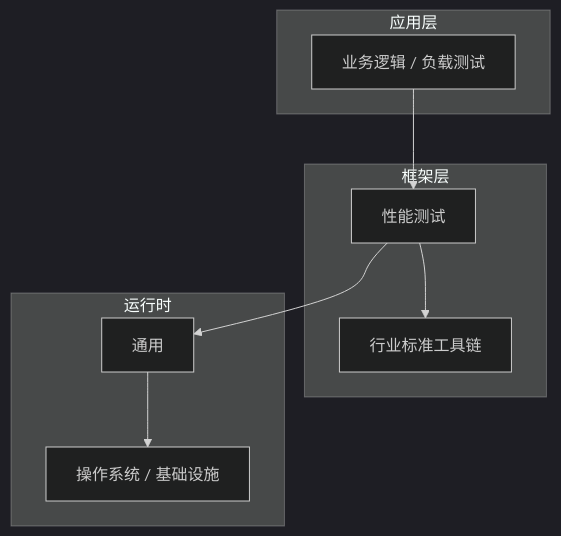
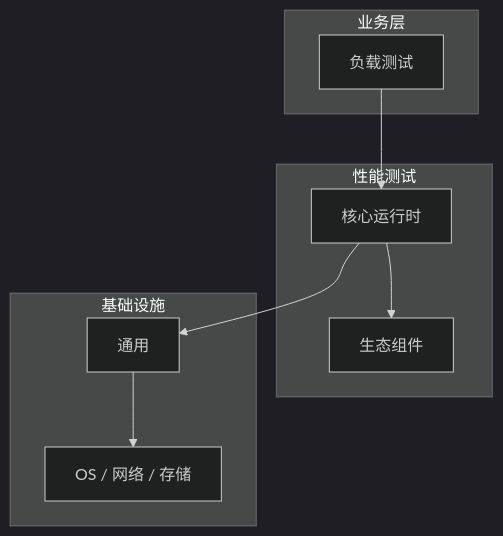
One commit to yanggan2015/knowledge-json-v2 changed the diagram in articles/性能测试/chapters/008-负载测试核心概念与原理.md. Above: the diagram before and after it, drawn with Mermaid (dark theme). The commit also changed other lines of this file and 10127 other files, not shown here.

````diff
--- a/articles/性能测试/chapters/008-负载测试核心概念与原理.md
+++ b/articles/性能测试/chapters/008-负载测试核心概念与原理.md
@@ -45,18 +34,18 @@
 ```mermaid
 graph TB
-    subgraph 应用层
-        A[业务逻辑 / 负载测试]
+    subgraph 业务层
+        A[负载测试]
     end
-    subgraph 框架层
-        B[性能测试]
-        C[行业标准工具链]
+    subgraph 性能测试
+        B[核心运行时]
+        C[生态组件]
     end
-    subgraph 运行时
+    subgraph 基础设施
         D[通用]
-        E[操作系统 / 基础设施]
+        E[OS / 网络 / 存储]
     end
     A --> B
     B --> C
     B --> D
     D --> E
 ```
````
